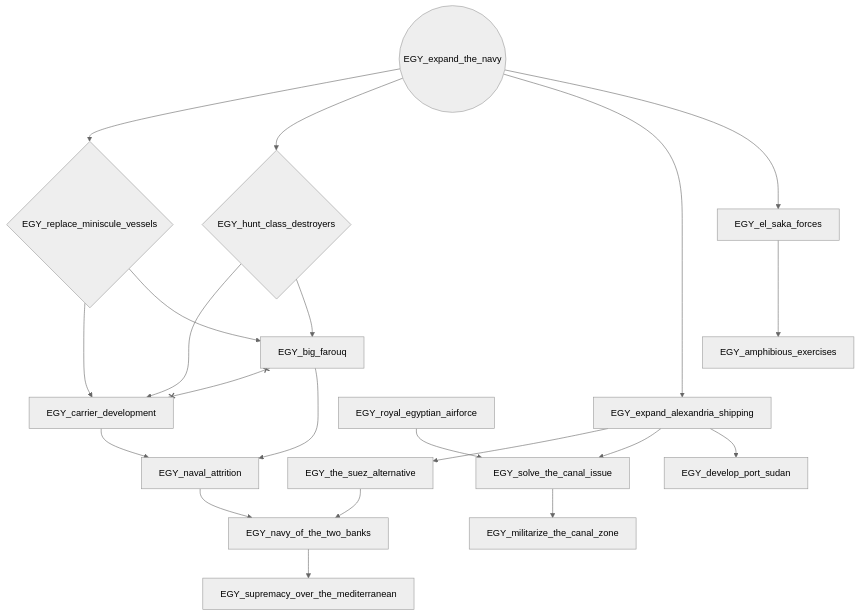
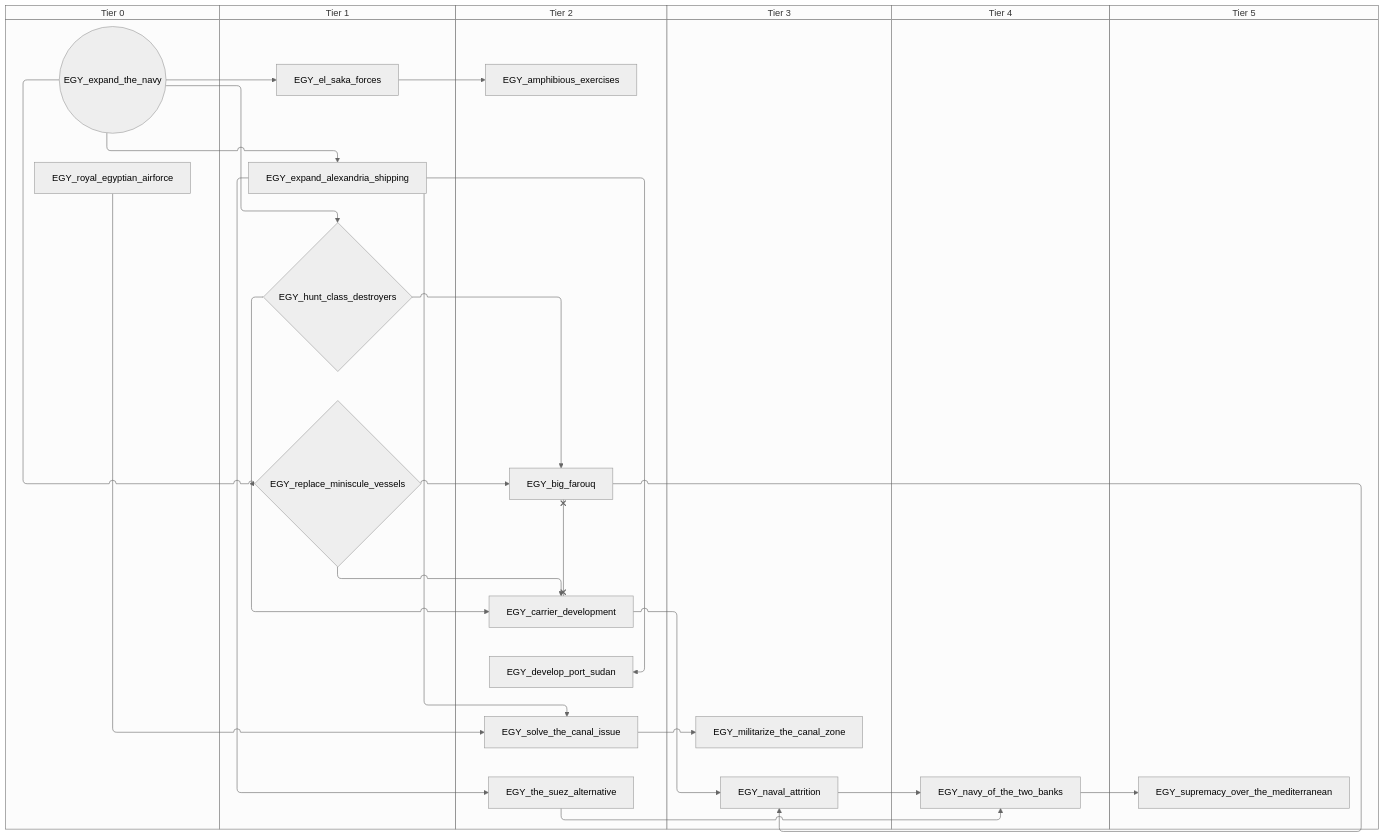
One commit to evgeny-sobol/hoi4-sandbox-mode-r56 changed the sixth of 10 diagrams in docs/gdd/National Focuses/r56/egypt.md. Above: the diagram before and after it, drawn with Mermaid (neutral theme). The commit also changed other lines of this file and 423 other files, not shown here.

First line of the commit message:
Re-export Rt56 focus trees as swimlane diagrams

````diff
--- a/docs/gdd/National Focuses/r56/egypt.md
+++ b/docs/gdd/National Focuses/r56/egypt.md
@@ -140,39 +188,51 @@
 ```mermaid
-flowchart TD
-    n43["EGY_amphibious_exercises"]
-    n44["EGY_big_farouq"]
-    n45["EGY_carrier_development"]
-    n46["EGY_develop_port_sudan"]
-    n47["EGY_el_saka_forces"]
-    n48["EGY_expand_alexandria_shipping"]
-    n49(("EGY_expand_the_navy"))
-    n50{"EGY_hunt_class_destroyers"}
-    n51["EGY_militarize_the_canal_zone"]
-    n52["EGY_naval_attrition"]
-    n53["EGY_navy_of_the_two_banks"]
-    n54{"EGY_replace_miniscule_vessels"}
-    n55["EGY_royal_egyptian_airforce"]
-    n56["EGY_solve_the_canal_issue"]
-    n57["EGY_supremacy_over_the_mediterranean"]
-    n58["EGY_the_suez_alternative"]
-    n47 --> n43
-    n50 --> n44
-    n54 --> n44
-    n50 --> n45
-    n54 --> n45
-    n48 --> n46
-    n49 --> n47
-    n49 --> n48
-    n49 --> n50
-    n56 --> n51
-    n44 --> n52
-    n45 --> n52
-    n52 --> n53
-    n58 --> n53
-    n49 --> n54
-    n48 --> n56
-    n55 --> n56
-    n53 --> n57
-    n48 --> n58
-    n44 x--x n45
+swimlane-beta TD
+    subgraph tier_0["Tier 0"]
+        n43(("EGY_expand_the_navy"))
+        n44["EGY_royal_egyptian_airforce"]
+    end
+    subgraph tier_1["Tier 1"]
+        n45["EGY_el_saka_forces"]
+        n46["EGY_expand_alexandria_shipping"]
+        n47{"EGY_hunt_class_destroyers"}
+        n48{"EGY_replace_miniscule_vessels"}
+    end
+    subgraph tier_2["Tier 2"]
+        n49["EGY_amphibious_exercises"]
+        n50["EGY_big_farouq"]
+        n51["EGY_carrier_development"]
+        n52["EGY_develop_port_sudan"]
+        n53["EGY_solve_the_canal_issue"]
+        n54["EGY_the_suez_alternative"]
+    end
+    subgraph tier_3["Tier 3"]
+        n55["EGY_militarize_the_canal_zone"]
+        n56["EGY_naval_attrition"]
+    end
+    subgraph tier_4["Tier 4"]
+        n57["EGY_navy_of_the_two_banks"]
+    end
+    subgraph tier_5["Tier 5"]
+        n58["EGY_supremacy_over_the_mediterranean"]
+    end
+    n45 --> n49
+    n47 --> n50
+    n48 --> n50
+    n47 --> n51
+    n48 --> n51
+    n46 --> n52
+    n43 --> n45
+    n43 --> n46
+    n43 --> n47
+    n53 --> n55
+    n50 --> n56
+    n51 --> n56
+    n56 --> n57
+    n54 --> n57
+    n43 --> n48
+    n46 --> n53
+    n44 --> n53
+    n57 --> n58
+    n46 --> n54
+    n50 x--x n51
 ```
````
